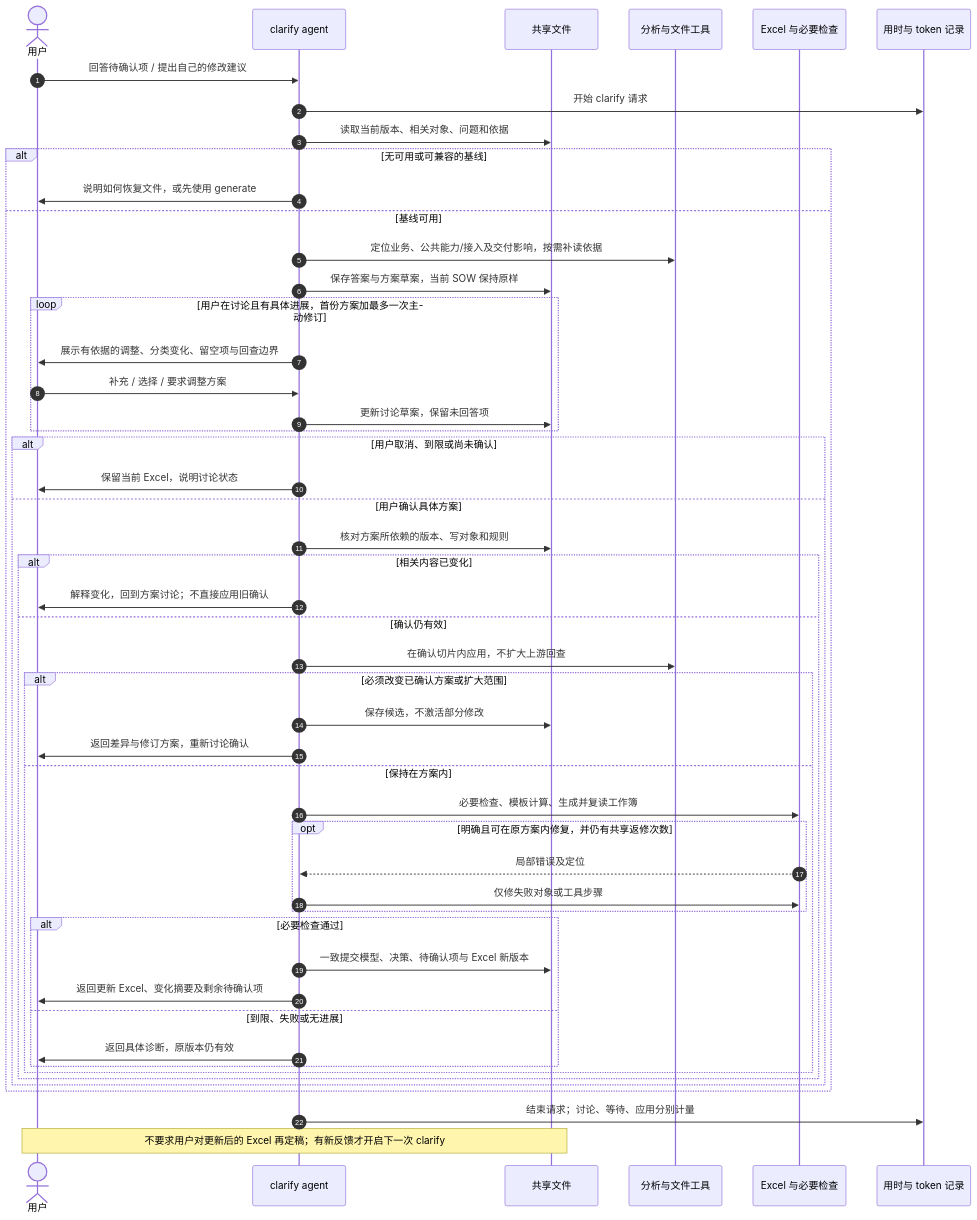
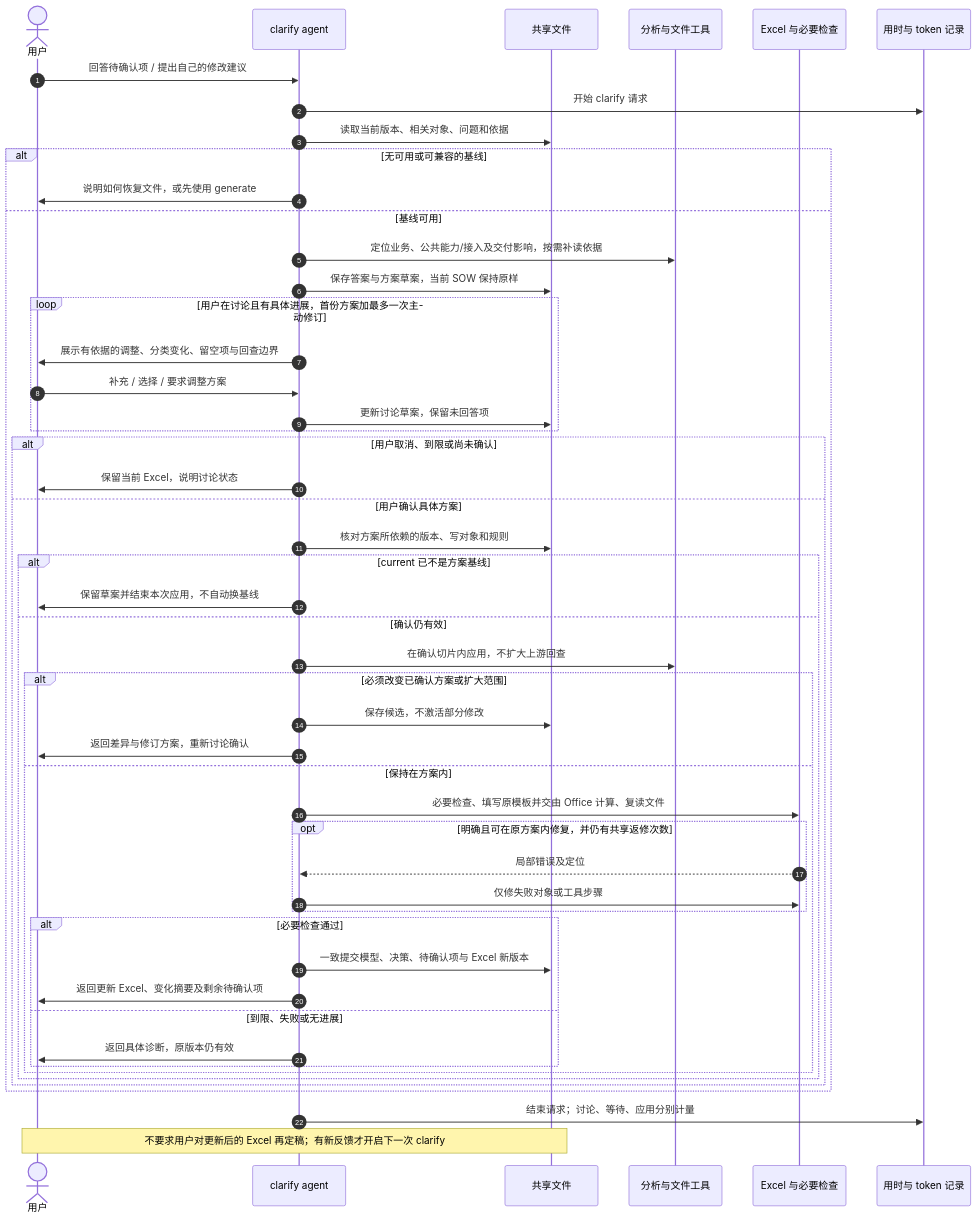
One commit to InspireChina/ai-plugin-marketplace changed the diagram in plugins/ai-sow-lite/docs/design/diagrams/clarify-sequence.mmd. Above: the diagram before and after it, drawn with Mermaid. The commit also changed 41 other files, not shown here.

```diff
--- a/plugins/ai-sow-lite/docs/design/diagrams/clarify-sequence.mmd
+++ b/plugins/ai-sow-lite/docs/design/diagrams/clarify-sequence.mmd
@@ -1,50 +1,50 @@
 sequenceDiagram
     autonumber
     actor U as 用户
     participant C as clarify agent
     participant F as 共享文件
     participant T as 分析与文件工具
     participant X as Excel 与必要检查
     participant O as 用时与 token 记录
     U->>C: 回答待确认项 / 提出自己的修改建议
     C->>O: 开始 clarify 请求
     C->>F: 读取当前版本、相关对象、问题和依据
     alt 无可用或可兼容的基线
         C->>U: 说明如何恢复文件，或先使用 generate
     else 基线可用
         C->>T: 定位业务、公共能力/接入及交付影响，按需补读依据
         C->>F: 保存答案与方案草案，当前 SOW 保持原样
         loop 用户在讨论且有具体进展，首份方案加最多一次主动修订
             C->>U: 展示有依据的调整、分类变化、留空项与回查边界
             U->>C: 补充 / 选择 / 要求调整方案
             C->>F: 更新讨论草案，保留未回答项
         end
         alt 用户取消、到限或尚未确认
             C->>U: 保留当前 Excel，说明讨论状态
         else 用户确认具体方案
             C->>F: 核对方案所依赖的版本、写对象和规则
-            alt 相关内容已变化
-                C->>U: 解释变化，回到方案讨论；不直接应用旧确认
+            alt current 已不是方案基线
+                C->>U: 保留草案并结束本次应用，不自动换基线
             else 确认仍有效
                 C->>T: 在确认切片内应用，不扩大上游回查
                 alt 必须改变已确认方案或扩大范围
                     C->>F: 保存候选，不激活部分修改
                     C->>U: 返回差异与修订方案，重新讨论确认
                 else 保持在方案内
-                    C->>X: 必要检查、模板计算、生成并复读工作簿
+                    C->>X: 必要检查、填写原模板并交由 Office 计算、复读文件
                     opt 明确且可在原方案内修复，并仍有共享返修次数
                         X-->>C: 局部错误及定位
                         C->>X: 仅修失败对象或工具步骤
                     end
                     alt 必要检查通过
                         C->>F: 一致提交模型、决策、待确认项与 Excel 新版本
                         C->>U: 返回更新 Excel、变化摘要及剩余待确认项
                     else 到限、失败或无进展
                         C->>U: 返回具体诊断，原版本仍有效
                     end
                 end
             end
         end
     end
     C->>O: 结束请求；讨论、等待、应用分别计量
     Note over U,F: 不要求用户对更新后的 Excel 再定稿；有新反馈才开启下一次 clarify
```
